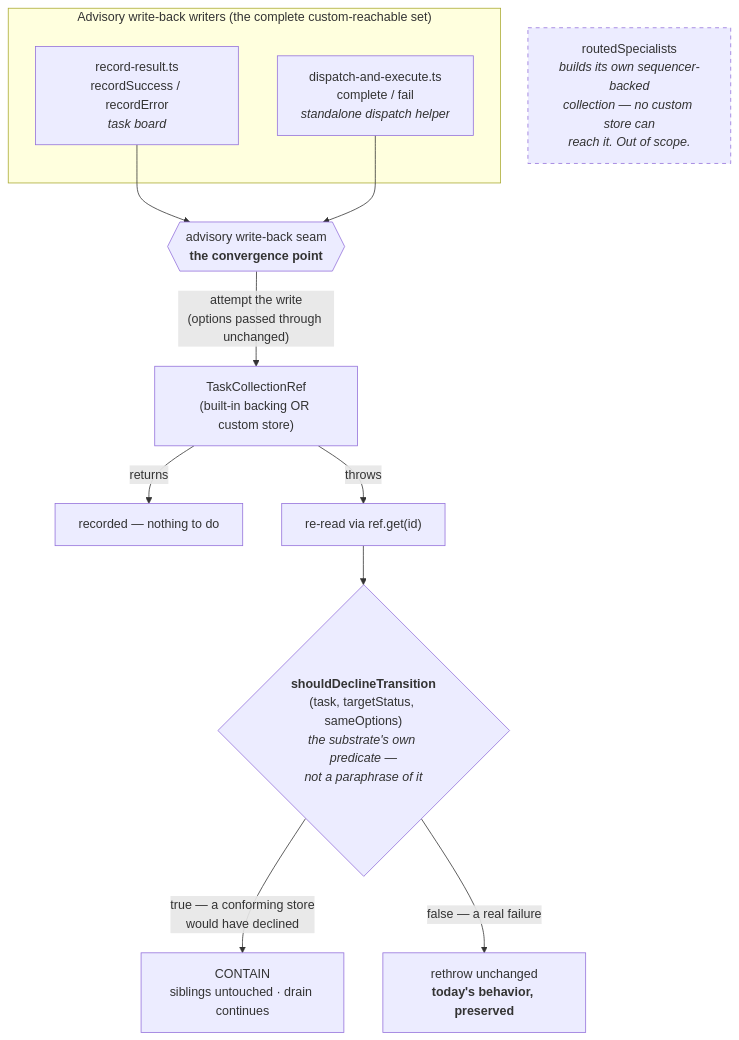
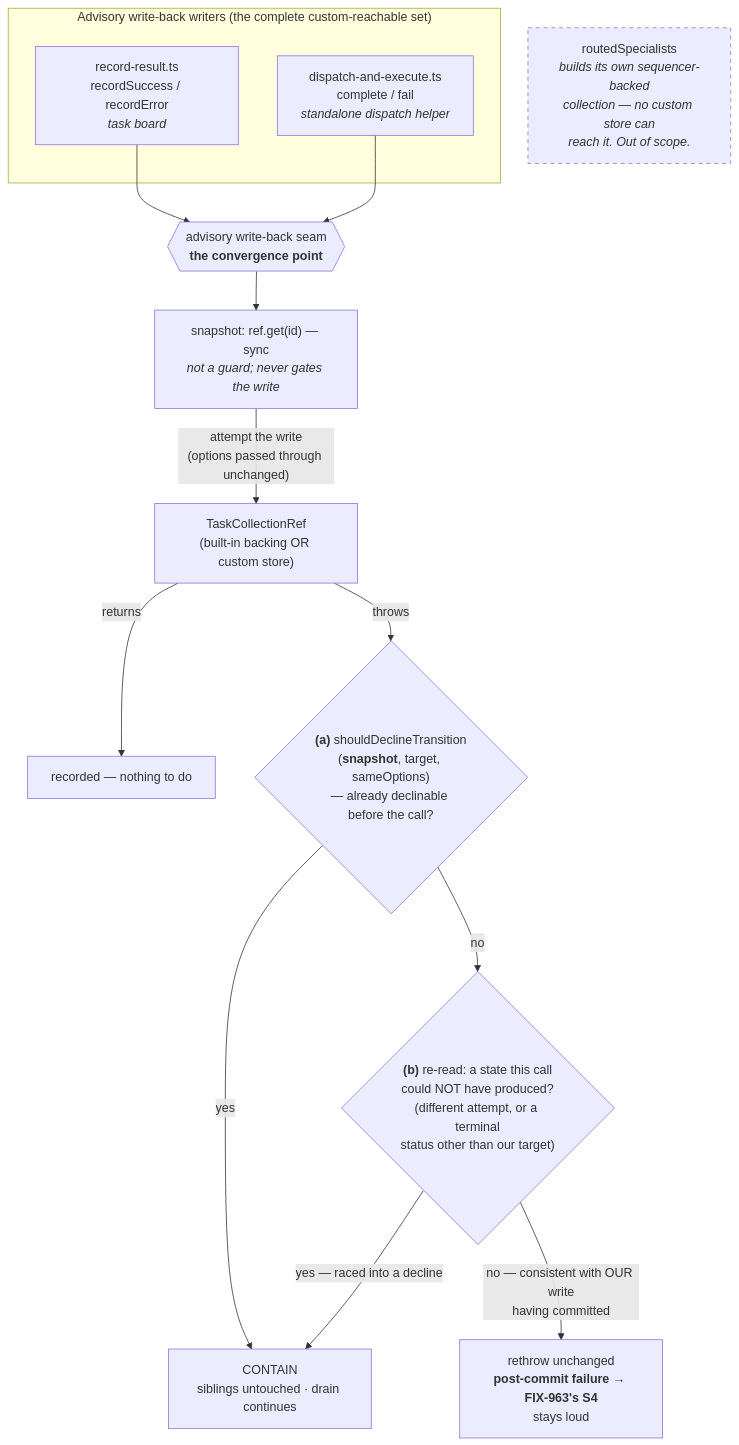
Before and after one commit to fixpoint-labs/flow-state-dev: the diagram in docs/specs/FIX-964.md, drawn with Mermaid. The commit also changed other lines of this file, not shown here.

First line of the commit message:
spec(FIX-964): round-2 fold — distinguish post-commit throws so FIX-963's S4 stays loud

````diff
--- a/docs/specs/FIX-964.md
+++ b/docs/specs/FIX-964.md
@@ -158,21 +160,23 @@
 ```mermaid
 flowchart TD
   subgraph writers["Advisory write-back writers (the complete custom-reachable set)"]
     RS["record-result.ts<br/>recordSuccess / recordError<br/><i>task board</i>"]
     DE["dispatch-and-execute.ts<br/>complete / fail<br/><i>standalone dispatch helper</i>"]
   end
 
   SEAM{{"advisory write-back seam<br/><b>the convergence point</b>"}}
   RS --> SEAM
   DE --> SEAM
 
-  SEAM -->|"attempt the write<br/>(options passed through unchanged)"| REF["TaskCollectionRef<br/>(built-in backing OR custom store)"]
+  SEAM --> SNAP["snapshot: ref.get(id) — sync<br/><i>not a guard; never gates the write</i>"]
+  SNAP -->|"attempt the write<br/>(options passed through unchanged)"| REF["TaskCollectionRef<br/>(built-in backing OR custom store)"]
   REF -->|returns| OK["recorded — nothing to do"]
-  REF -->|throws| RR["re-read via ref.get(id)"]
-  RR --> ASK{"<b>shouldDeclineTransition</b><br/>(task, targetStatus, sameOptions)<br/><i>the substrate's own predicate —<br/>not a paraphrase of it</i>"}
-  ASK -->|"true — a conforming store<br/>would have declined"| CONTAIN["CONTAIN<br/>siblings untouched · drain continues"]
-  ASK -->|"false — a real failure"| RETHROW["rethrow unchanged<br/><b>today's behavior, preserved</b>"]
+  REF -->|throws| A{"<b>(a)</b> shouldDeclineTransition<br/>(<b>snapshot</b>, target, sameOptions)<br/>— already declinable before the call?"}
+  A -->|yes| CONTAIN["CONTAIN<br/>siblings untouched · drain continues"]
+  A -->|no| B{"<b>(b)</b> re-read: a state this call<br/>could NOT have produced?<br/>(different attempt, or a terminal<br/>status other than our target)"}
+  B -->|yes — raced into a decline| CONTAIN
+  B -->|"no — consistent with OUR write<br/>having committed"| RETHROW["rethrow unchanged<br/><b>post-commit failure → FIX-963's S4</b><br/>stays loud"]
 
   EXCL["routedSpecialists<br/><i>builds its own sequencer-backed<br/>collection — no custom store can<br/>reach it. Out of scope.</i>"]
   style EXCL stroke-dasharray: 5 5
 ```
````
